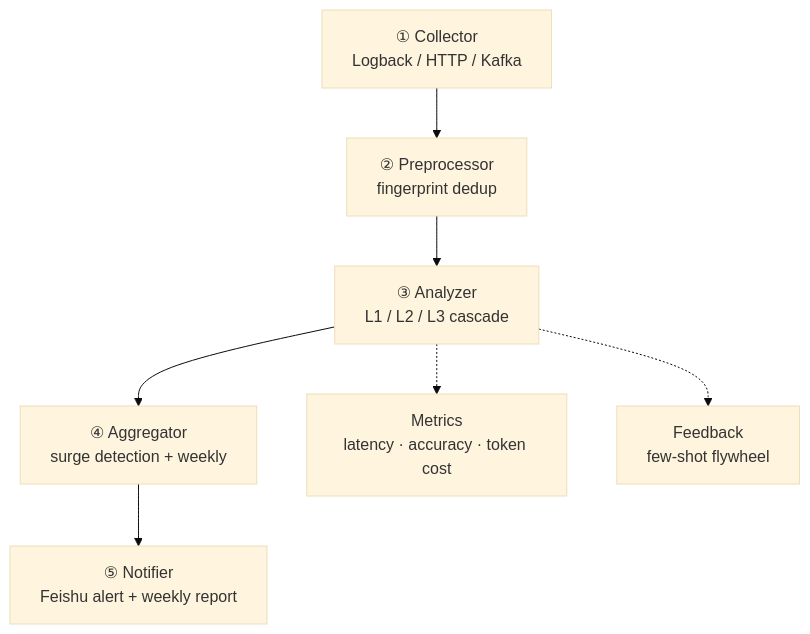
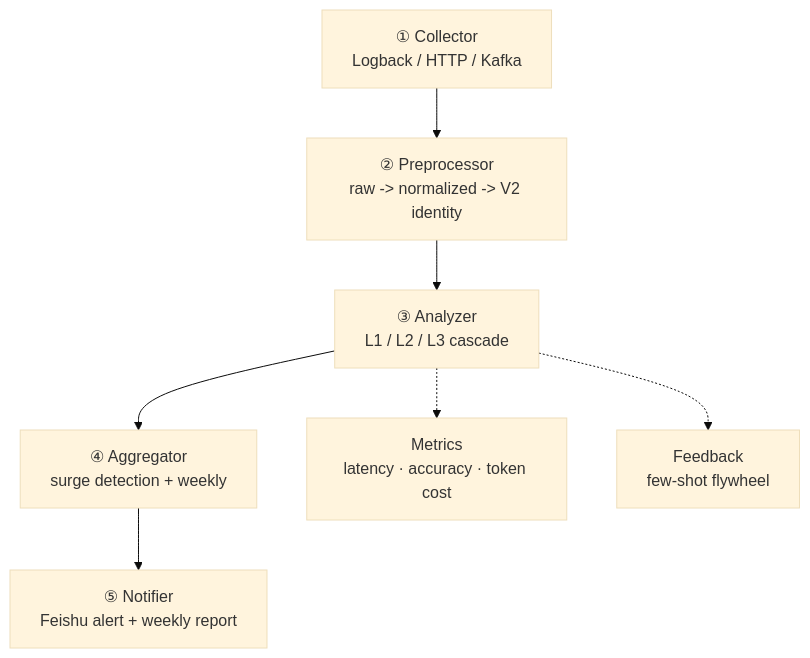
The diagram in README.md (AllenMuu/stackwatch), drawn with Mermaid (base theme) before and after one commit. The commit also changed other lines of this file and 2 other files, not shown here.

First line of the commit message:
docs: document durable error identity history

````diff
--- a/README.md
+++ b/README.md
@@ -41,9 +42,9 @@
 ```mermaid
 flowchart TD
-    C[① Collector<br/>Logback / HTTP / Kafka] --> P[② Preprocessor<br/>fingerprint dedup]
+    C[① Collector<br/>Logback / HTTP / Kafka] --> P[② Preprocessor<br/>raw -> normalized -> V2 identity]
     P --> A[③ Analyzer<br/>L1 / L2 / L3 cascade]
     A --> G[④ Aggregator<br/>surge detection + weekly]
     G --> N[⑤ Notifier<br/>Feishu alert + weekly report]
     A -.-> M[Metrics<br/>latency · accuracy · token cost]
     A -.-> F[Feedback<br/>few-shot flywheel]
 ```
````
